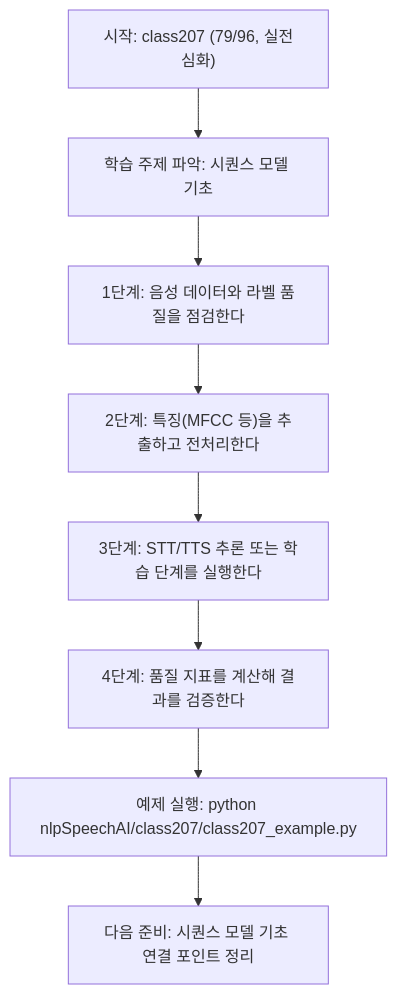
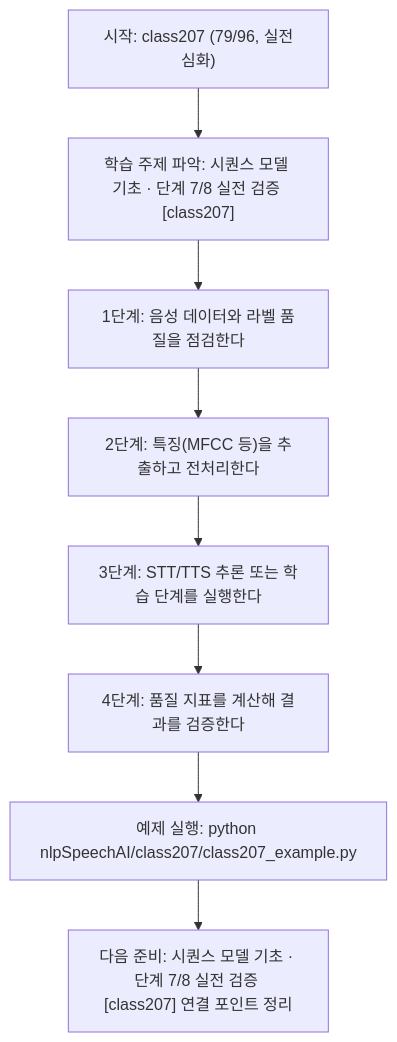
The diagram in nlpSpeechAI/class207/class207.md (edumgt/Python-AI_Agent-Class), drawn with Mermaid before and after one commit. The commit also changed other lines of this file and 522 other files, not shown here.

````diff
--- a/nlpSpeechAI/class207/class207.md
+++ b/nlpSpeechAI/class207/class207.md
@@ -113,18 +114,18 @@
 ```mermaid
 flowchart TD
 N1["시작: class207 (79/96, 실전심화)"]
-N2["학습 주제 파악: 시퀀스 모델 기초"]
+N2["학습 주제 파악: 시퀀스 모델 기초 · 단계 7/8 실전 검증 [class207]"]
 N3["1단계: 음성 데이터와 라벨 품질을 점검한다"]
 N4["2단계: 특징(MFCC 등)을 추출하고 전처리한다"]
 N5["3단계: STT/TTS 추론 또는 학습 단계를 실행한다"]
 N6["4단계: 품질 지표를 계산해 결과를 검증한다"]
 N7["예제 실행: python nlpSpeechAI/class207/class207_example.py"]
-N8["다음 준비: 시퀀스 모델 기초 연결 포인트 정리"]
+N8["다음 준비: 시퀀스 모델 기초 · 단계 7/8 실전 검증 [class207] 연결 포인트 정리"]
 N1 --> N2
 N2 --> N3
 N3 --> N4
 N4 --> N5
 N5 --> N6
 N6 --> N7
 N7 --> N8
 ```
````
